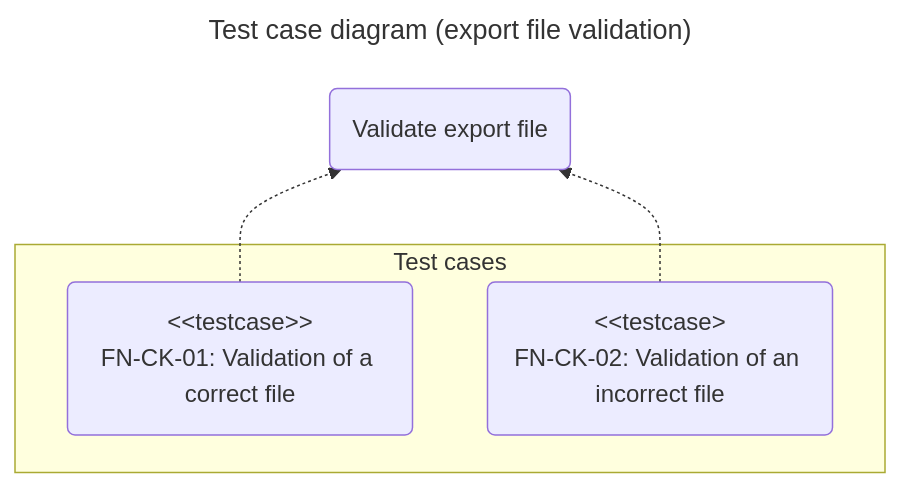
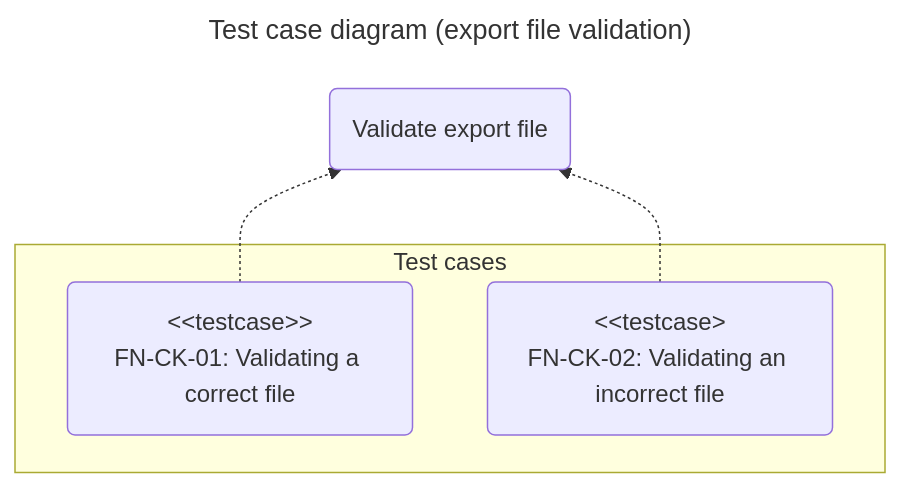
One commit to chromiodev/chromie-tool changed the seventh of 8 diagrams in docs/spec/tests/functional.en.md. Above: the diagram before and after it, drawn with Mermaid. The commit also changed other lines of this file and 5 other files, not shown here.

````diff
--- a/docs/spec/tests/functional.en.md
+++ b/docs/spec/tests/functional.en.md
@@ -616,18 +669,18 @@
 ```mermaid
 ---
 title: Test case diagram (export file validation)
 config:
 ---
 
 graph BT
   %% use cases
   checkFile@{ shape: "rounded", label: "Validate export file" }
 
   subgraph "Test cases"
-    checkValidFile@{ shape: "rounded", label: "#lt;#lt;testcase>><br>FN-CK-01: Validation of a correct file" }
-    checkInvalidFile@{ shape: "rounded", label: "#lt;#lt;testcase><br>FN-CK-02: Validation of an incorrect file" }
+    checkValidFile@{ shape: "rounded", label: "#lt;#lt;testcase>><br>FN-CK-01: Validating a correct file" }
+    checkInvalidFile@{ shape: "rounded", label: "#lt;#lt;testcase><br>FN-CK-02: Validating an incorrect file" }
   end
 
   checkValidFile -.-> checkFile
   checkInvalidFile -.-> checkFile
 ```
````
